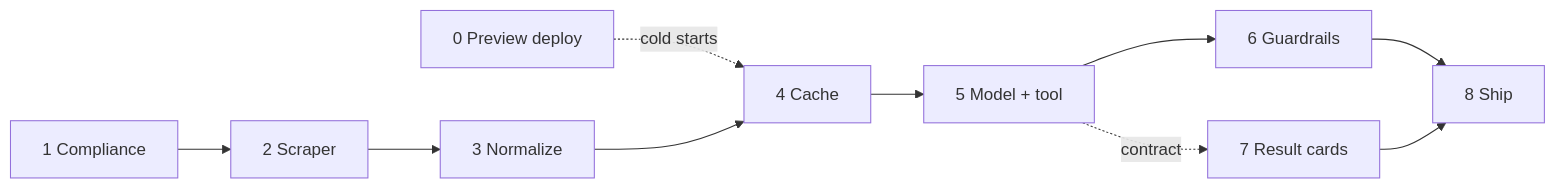
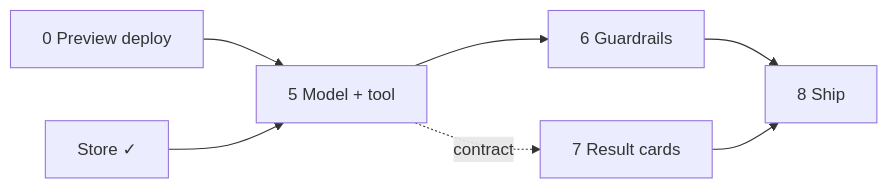
One commit to geogeorgiou/espressionism changed the second of 2 diagrams in docs/plan.md. Above: the diagram before and after it, drawn with Mermaid. The commit also changed other lines of this file and 43 other files, not shown here.

````diff
--- a/docs/plan.md
+++ b/docs/plan.md
@@ -119,7 +116,7 @@
 ```mermaid
 flowchart LR
-  P0["0 Preview deploy"] -. cold starts .-> P4
-  P1["1 Compliance"] --> P2["2 Scraper"] --> P3["3 Normalize"] --> P4["4 Cache"]
-  P4 --> P5["5 Model + tool"] --> P6["6 Guardrails"] --> P8["8 Ship"]
+  P0["0 Preview deploy"] --> P5["5 Model + tool"]
+  S["Store ✓"] --> P5
+  P5 --> P6["6 Guardrails"] --> P8["8 Ship"]
   P5 -. contract .-> P7["7 Result cards"] --> P8
 ```
````
